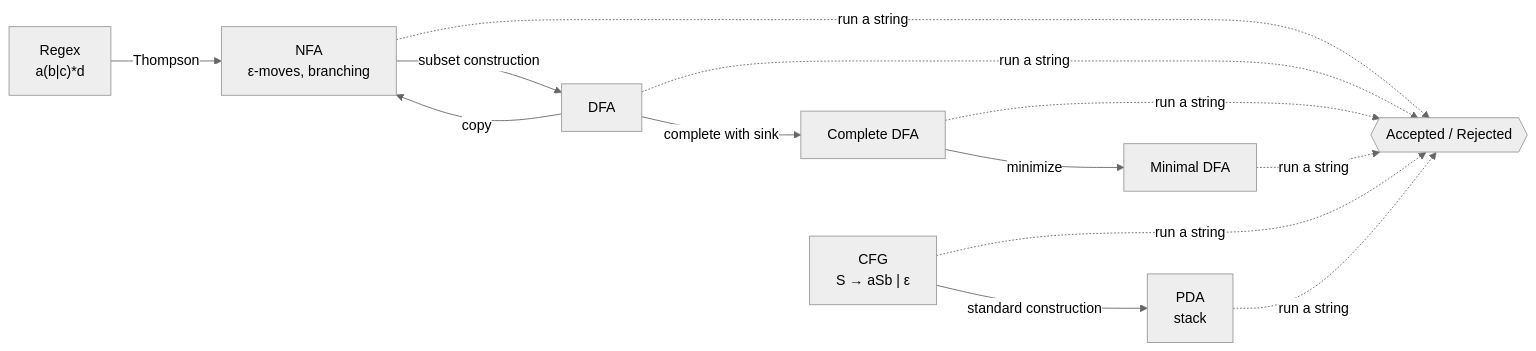
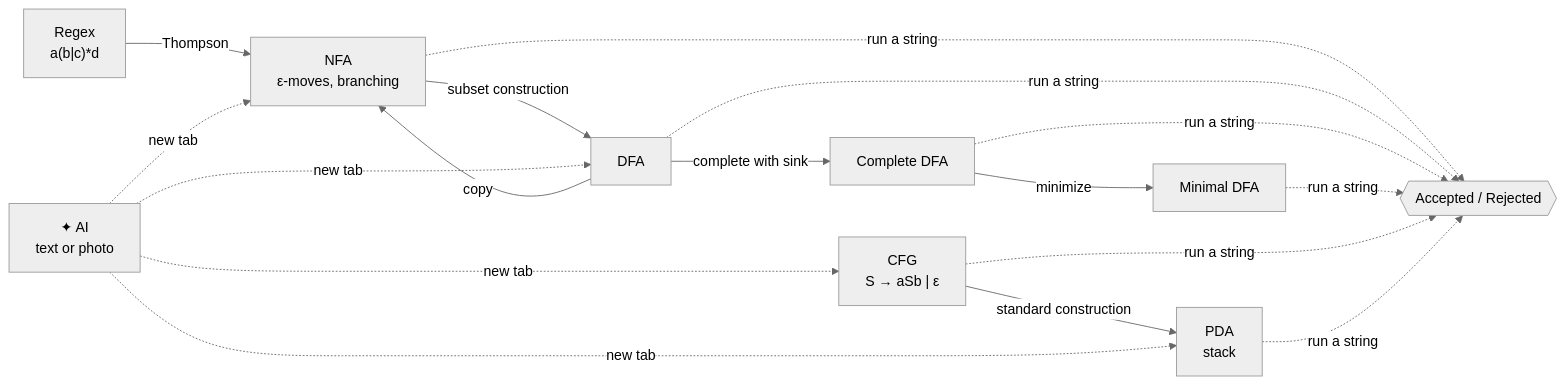
One commit to xiaogao0616/lumina changed the diagram in README.md. Above: the diagram before and after it, drawn with Mermaid (neutral theme). The commit also changed other lines of this file and 7 other files, not shown here.

````diff
--- a/README.md
+++ b/README.md
@@ -124,11 +152,12 @@
 ```mermaid
 flowchart LR
     R["Regex<br/>a(b|c)*d"] -- Thompson --> N["NFA<br/>ε-moves, branching"]
     N -- subset construction --> D["DFA"]
     D -- copy --> N
     D -- complete with sink --> C["Complete DFA"]
     C -- minimize --> M["Minimal DFA"]
     N & D & C & M -. run a string .-> T{{"Accepted / Rejected"}}
     G["CFG<br/>S → aSb | ε"] -- standard construction --> P["PDA<br/>stack"]
     G & P -. run a string .-> T
+    AI["✦ AI<br/>text or photo"] -. new tab .-> N & D & P & G
 ```
````
